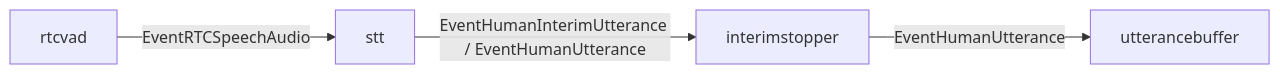
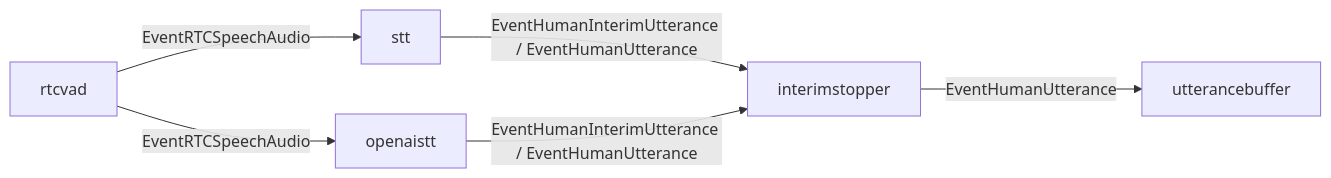
Before and after one commit to tetetratra/smart-speaker: the diagram in docs/components/stt.md, drawn with Mermaid. The commit also changed other lines of this file and 7 other files, not shown here.

````diff
--- a/docs/components/stt.md
+++ b/docs/components/stt.md
@@ -24,6 +38,8 @@
 ```mermaid
 flowchart LR
   VAD["rtcvad"] -->|"EventRTCSpeechAudio"| STT["stt"]
+  VAD -->|"EventRTCSpeechAudio"| OpenAISTT["openaistt"]
   STT -->|"EventHumanInterimUtterance / EventHumanUtterance"| IS["interimstopper"]
+  OpenAISTT -->|"EventHumanInterimUtterance / EventHumanUtterance"| IS
   IS -->|"EventHumanUtterance"| UB["utterancebuffer"]
 ```
````
